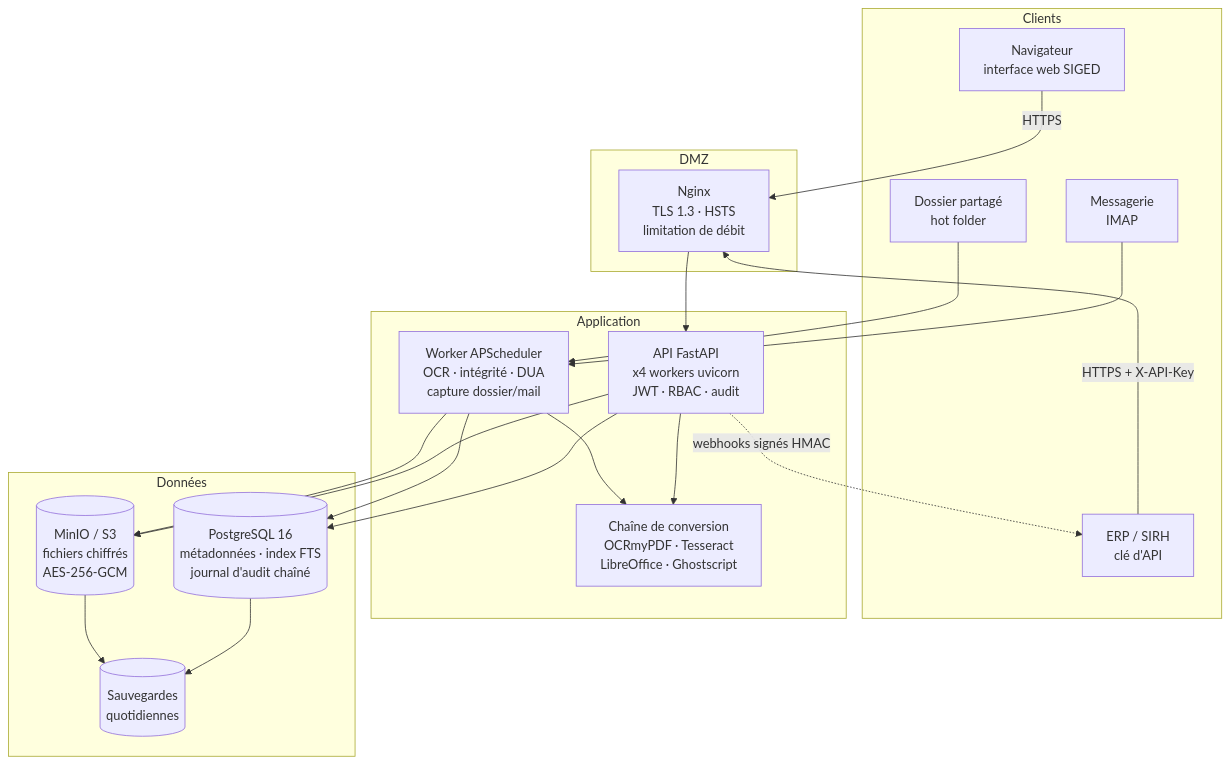
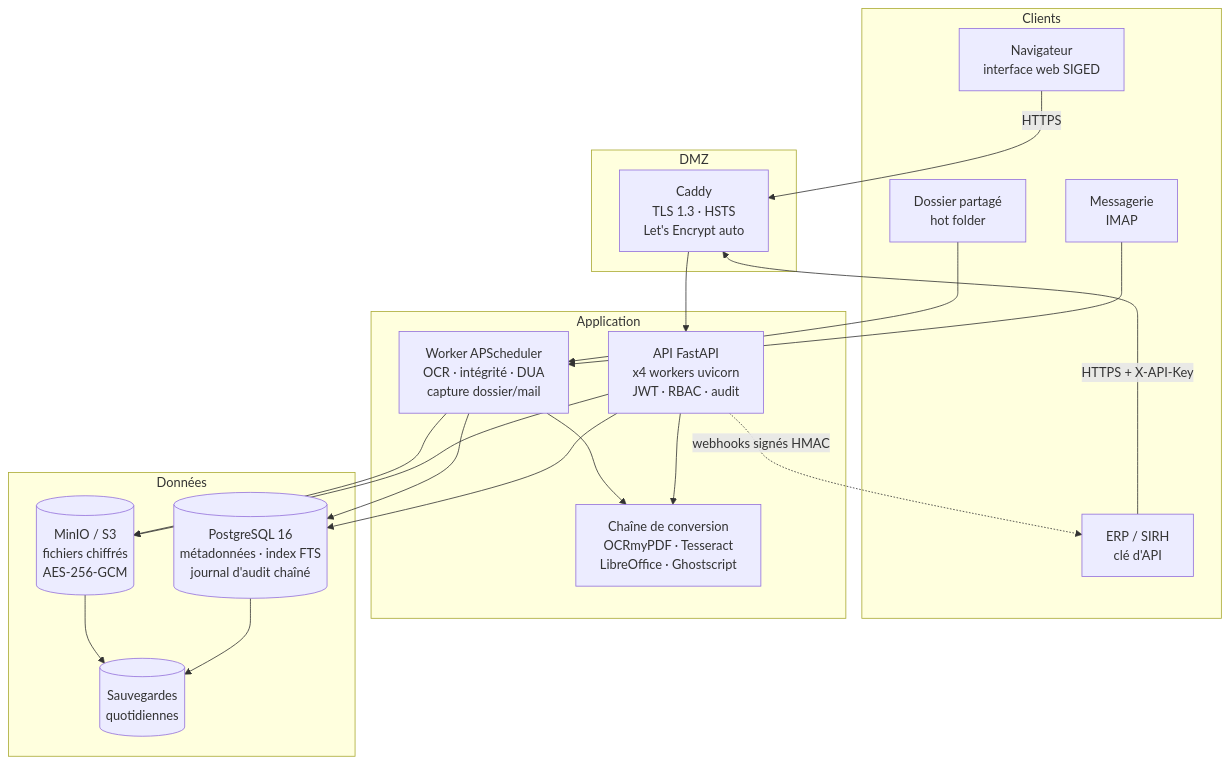
The diagram in docs/diagrammes/architecture.mmd (levy-kombila/siged), drawn with Mermaid before and after one commit. The commit also changed 31 other files, not shown here.

```diff
--- a/docs/diagrammes/architecture.mmd
+++ b/docs/diagrammes/architecture.mmd
@@ -1,34 +1,34 @@
 flowchart TB
   subgraph Clients
     U[Navigateur<br/>interface web SIGED]
     ERP[ERP / SIRH<br/>clé d'API]
     MAIL[Messagerie<br/>IMAP]
     DIR[Dossier partagé<br/>hot folder]
   end
   subgraph DMZ
-    NG[Nginx<br/>TLS 1.3 · HSTS<br/>limitation de débit]
+    NG[Caddy<br/>TLS 1.3 · HSTS<br/>Let's Encrypt auto]
   end
   subgraph Application
     API[API FastAPI<br/>x4 workers uvicorn<br/>JWT · RBAC · audit]
     WK[Worker APScheduler<br/>OCR · intégrité · DUA<br/>capture dossier/mail]
     CV[Chaîne de conversion<br/>OCRmyPDF · Tesseract<br/>LibreOffice · Ghostscript]
   end
   subgraph Données
     PG[(PostgreSQL 16<br/>métadonnées · index FTS<br/>journal d'audit chaîné)]
     S3[(MinIO / S3<br/>fichiers chiffrés<br/>AES-256-GCM)]
     BK[(Sauvegardes<br/>quotidiennes)]
   end
   U -->|HTTPS| NG
   ERP -->|HTTPS + X-API-Key| NG
   NG --> API
   MAIL --> WK
   DIR --> WK
   API --> CV
   WK --> CV
   API --> PG
   API --> S3
   WK --> PG
   WK --> S3
   API -.->|webhooks signés HMAC| ERP
   PG --> BK
   S3 --> BK
```
